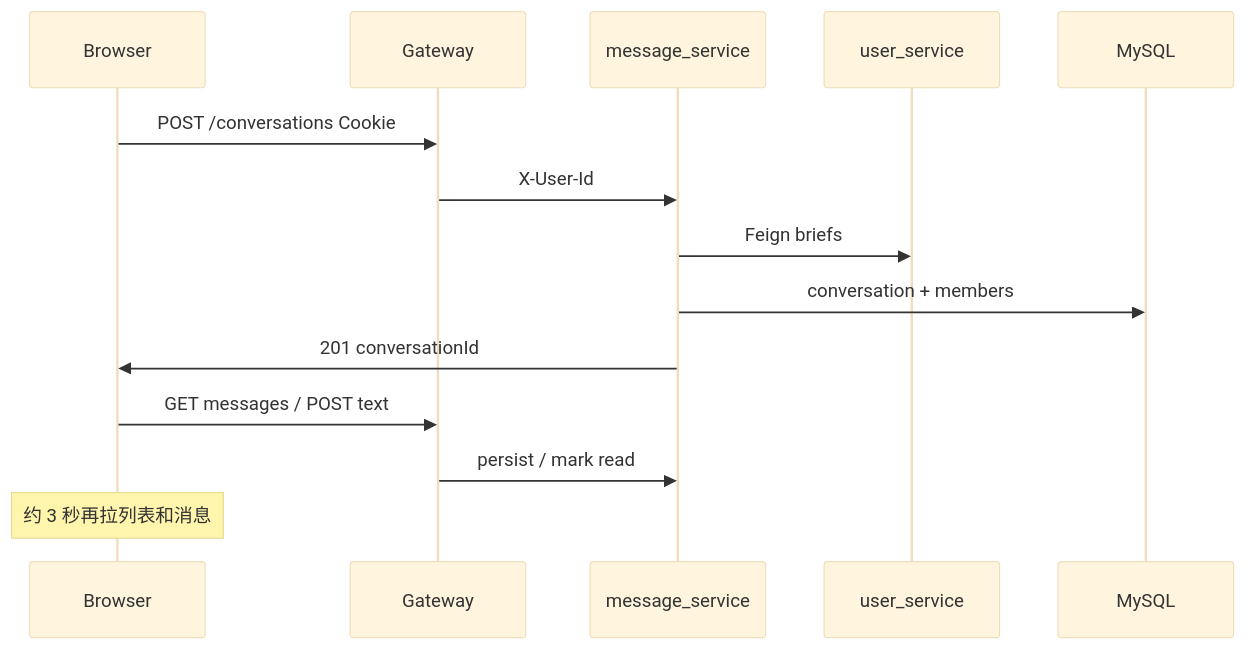
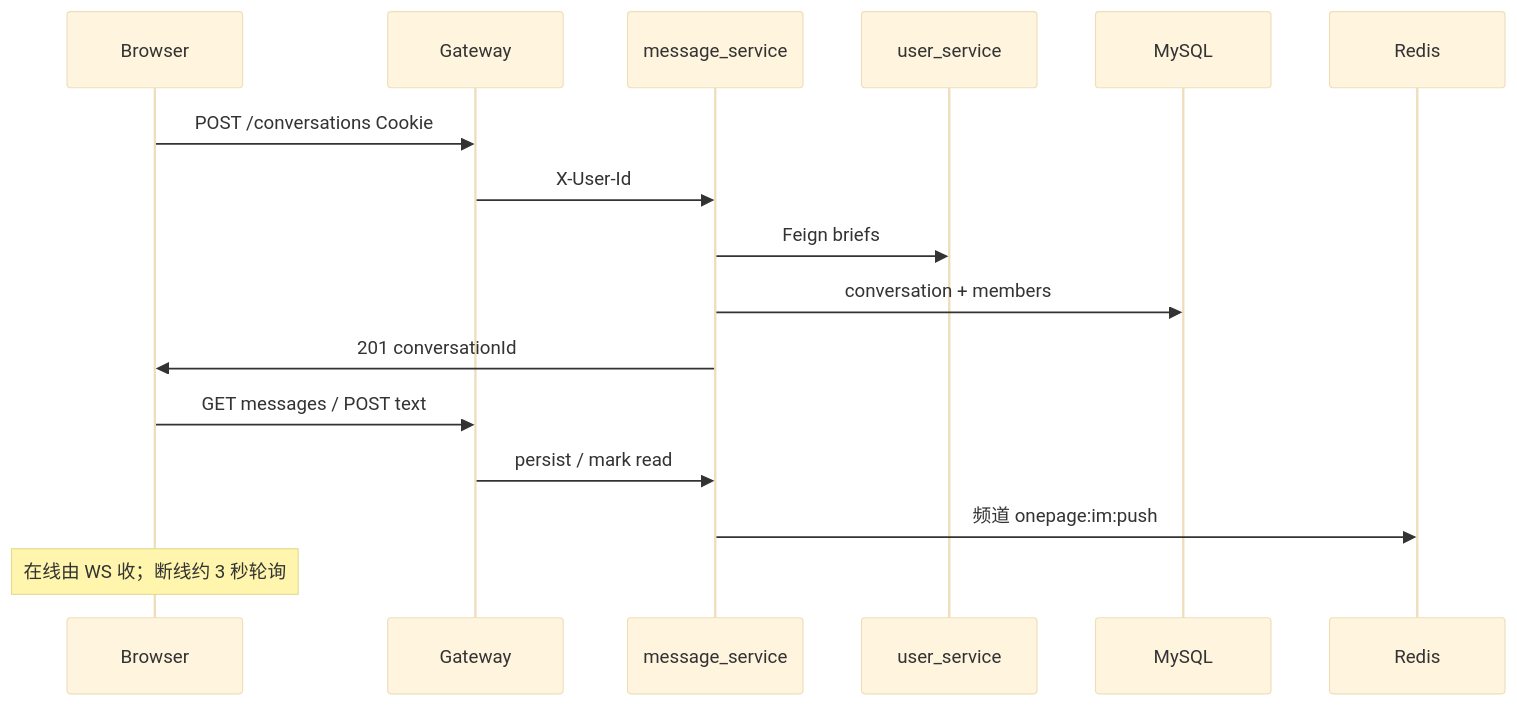
Before and after one commit to Yangleduo00337788/OnePage: the ninth of 13 diagrams in agi-work-space/src/content/engineering/tech/diagrams.md, drawn with Mermaid (base theme). The commit also changed other lines of this file and 36 other files, not shown here.

Commit message:
feat(im): 私信改为长连接推送并能发图片

````diff
--- a/agi-work-space/src/content/engineering/tech/diagrams.md
+++ b/agi-work-space/src/content/engineering/tech/diagrams.md
@@ -263,17 +263,19 @@
 ```mermaid
 sequenceDiagram
   participant B as Browser
   participant G as Gateway
   participant M as message_service
   participant U as user_service
   participant DB as MySQL
+  participant R as Redis
 
   B->>G: POST /conversations Cookie
   G->>M: X-User-Id
   M->>U: Feign briefs
   M->>DB: conversation + members
   M->>B: 201 conversationId
   B->>G: GET messages / POST text
   G->>M: persist / mark read
-  Note over B: 约 3 秒再拉列表和消息
+  M->>R: 频道 onepage:im:push
+  Note over B: 在线由 WS 收；断线约 3 秒轮询
 ```
````
